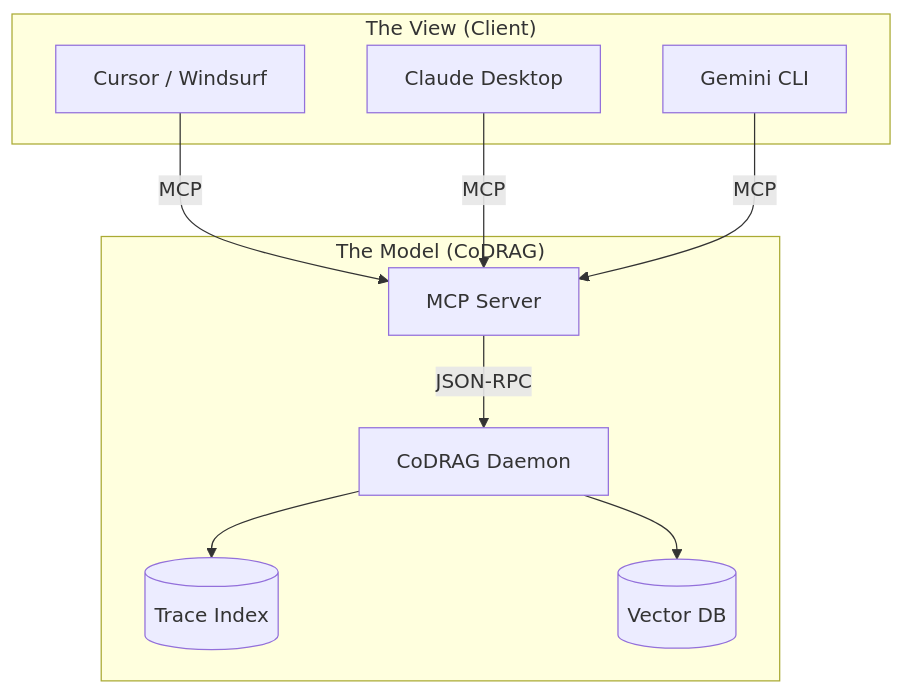
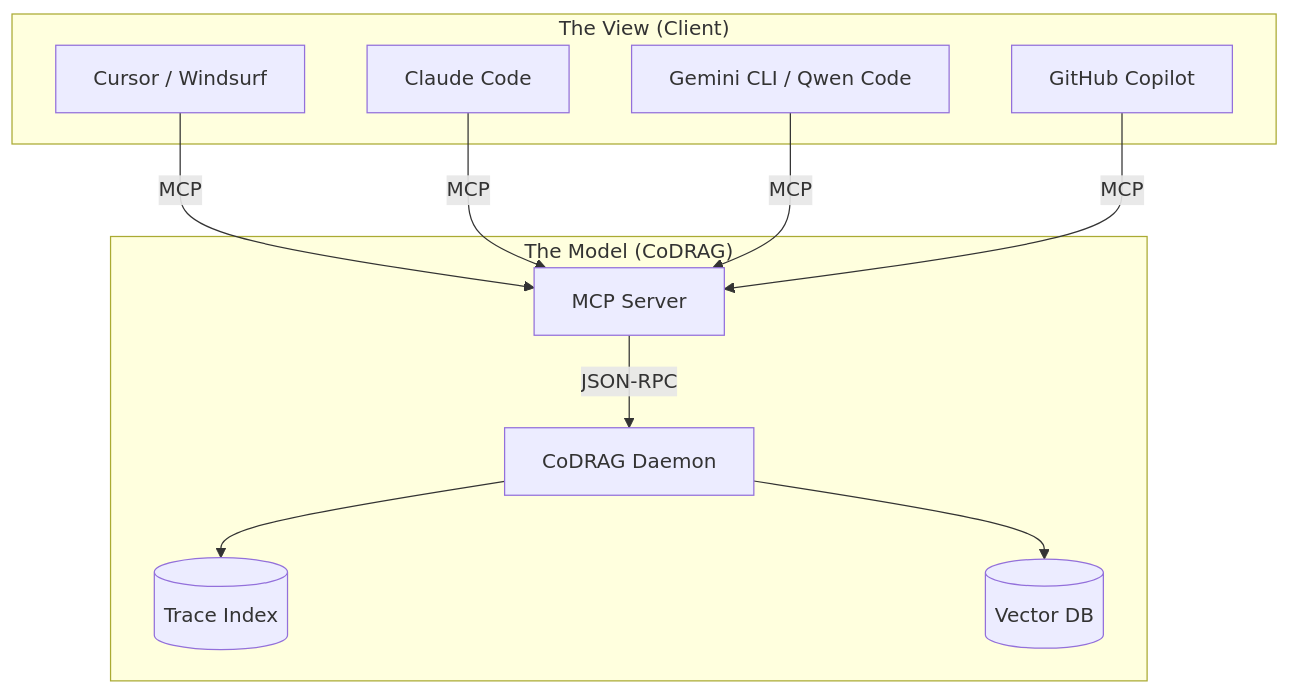
The diagram in public/codrag-mcp/README.md (MagneticAnomaly/CoDRAG-MCP), drawn with Mermaid before and after one commit. The commit also changed other lines of this file and 13 other files, not shown here.

Commit message:
docs: mirror full README to codrag-mcp, update tool refs (Claude Code, Gemini CLI, Qwen Code, Copilot)

````diff
--- a/public/codrag-mcp/README.md
+++ b/public/codrag-mcp/README.md
@@ -149,23 +195,25 @@
 ```mermaid
 graph TD
     subgraph "The View (Client)"
         Cursor[Cursor / Windsurf]
-        Claude[Claude Desktop]
-        Gemini[Gemini CLI]
+        Claude[Claude Code]
+        Gemini[Gemini CLI / Qwen Code]
+        Copilot[GitHub Copilot]
     end
 
     subgraph "The Model (CoDRAG)"
         MCP[MCP Server]
         Daemon[CoDRAG Daemon]
         Index[(Trace Index)]
         Search[(Vector DB)]
     end
 
     Cursor -->|MCP| MCP
     Claude -->|MCP| MCP
     Gemini -->|MCP| MCP
+    Copilot -->|MCP| MCP
 
     MCP -->|JSON-RPC| Daemon
     Daemon --> Index
     Daemon --> Search
 ```
````
